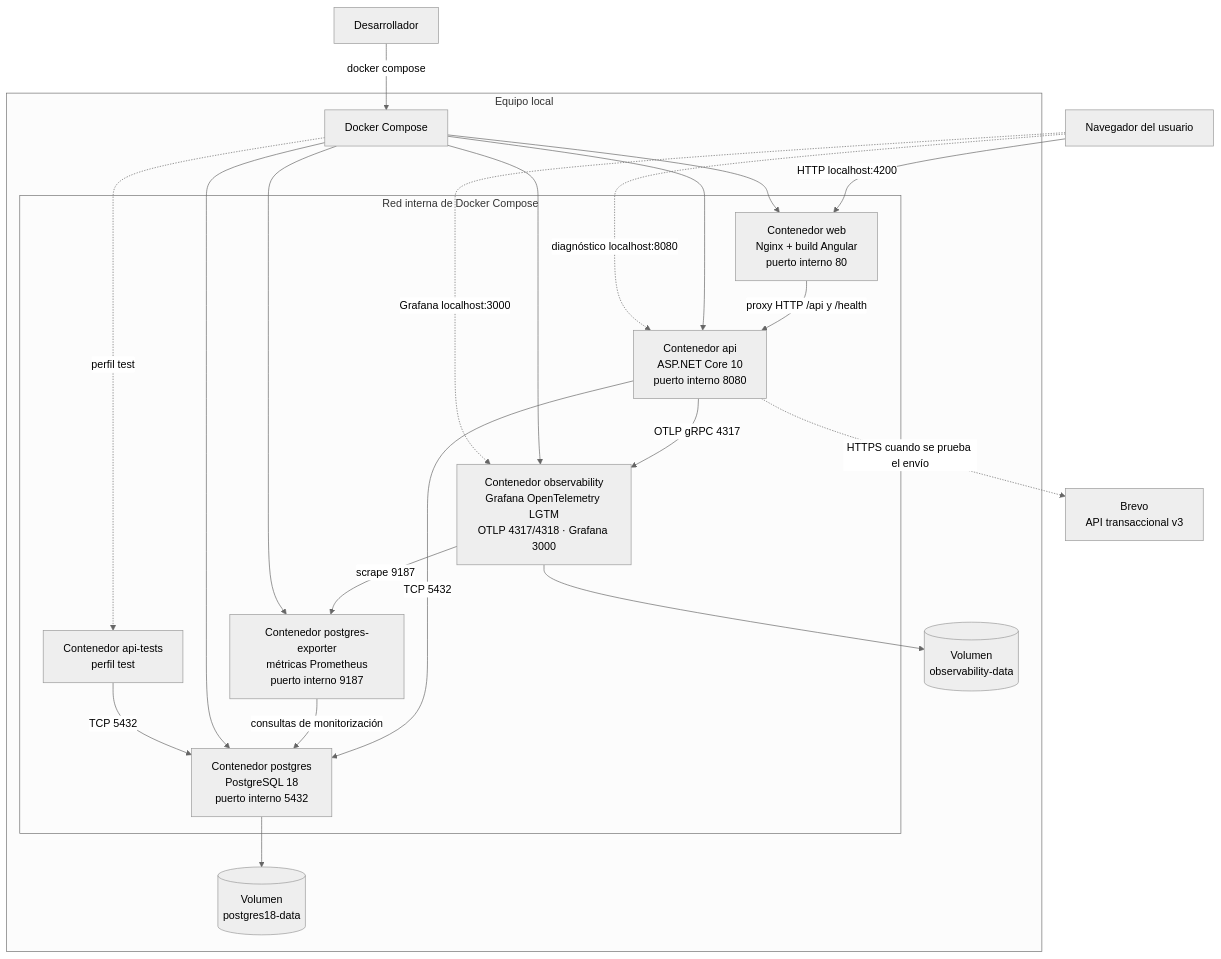
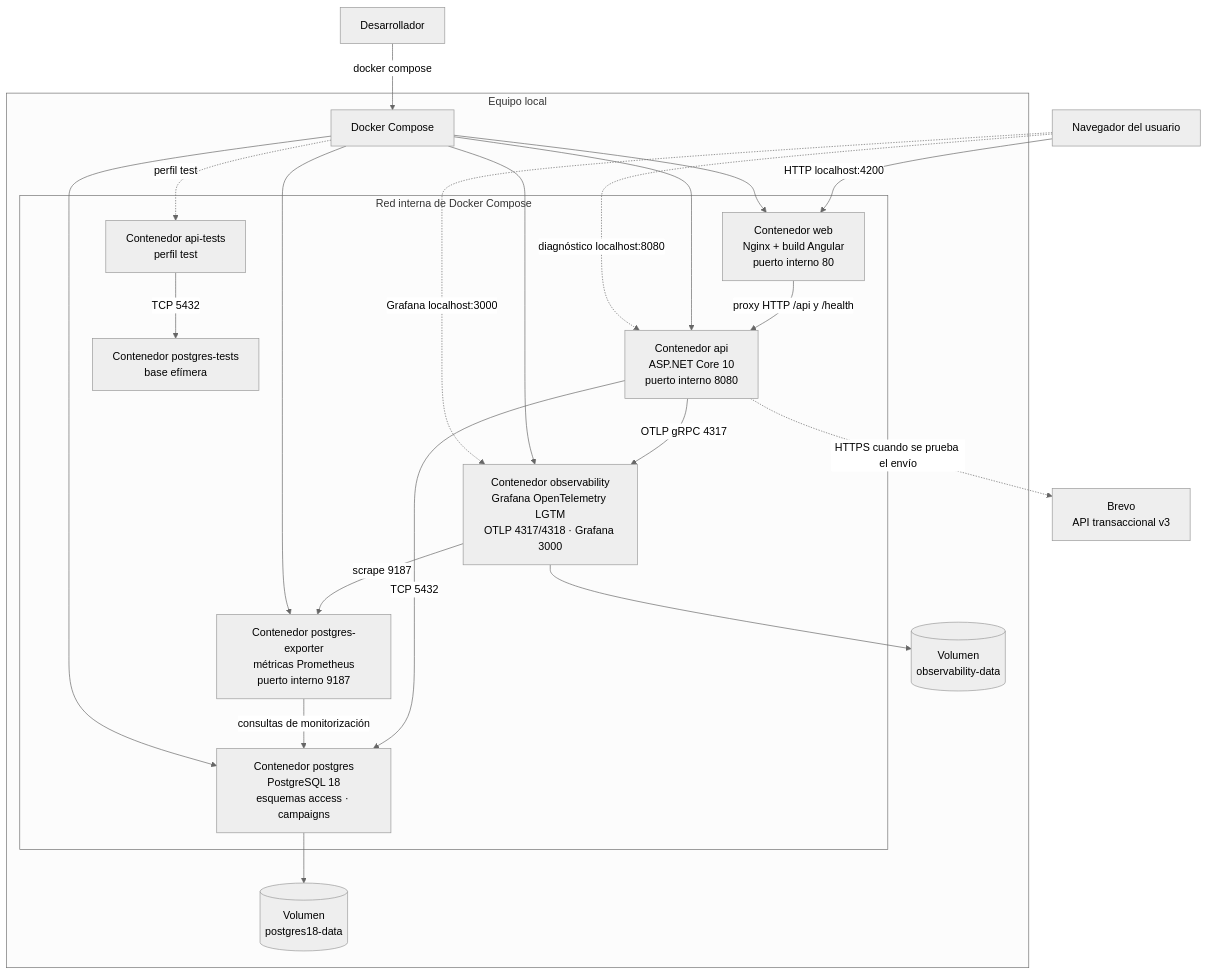
One commit to PeterBFoo/dnd-campaign-manager changed the first of 2 diagrams in docs/architecture/diagrama-de-despliegue.md. Above: the diagram before and after it, drawn with Mermaid (neutral theme). The commit also changed other lines of this file and 87 other files, not shown here.

````diff
--- a/docs/architecture/diagrama-de-despliegue.md
+++ b/docs/architecture/diagrama-de-despliegue.md
@@ -10,44 +10,45 @@
 ```mermaid
 flowchart TB
     browser["Navegador del usuario"]
     developer["Desarrollador"]
     brevo["Brevo<br/>API transaccional v3"]
 
     subgraph host["Equipo local"]
         compose["Docker Compose"]
 
         subgraph network["Red interna de Docker Compose"]
             web["Contenedor web<br/>Nginx + build Angular<br/>puerto interno 80"]
             api["Contenedor api<br/>ASP.NET Core 10<br/>puerto interno 8080"]
-            postgres["Contenedor postgres<br/>PostgreSQL 18<br/>puerto interno 5432"]
+            postgres["Contenedor postgres<br/>PostgreSQL 18<br/>esquemas access · campaigns"]
             postgres_exporter["Contenedor postgres-exporter<br/>métricas Prometheus<br/>puerto interno 9187"]
             lgtm["Contenedor observability<br/>Grafana OpenTelemetry LGTM<br/>OTLP 4317/4318 · Grafana 3000"]
             tests["Contenedor api-tests<br/>perfil test"]
+            postgres_tests["Contenedor postgres-tests<br/>base efímera"]
         end
 
         postgres_volume[("Volumen<br/>postgres18-data")]
         telemetry_volume[("Volumen<br/>observability-data")]
     end
 
     browser -->|"HTTP localhost:4200"| web
     web -->|"proxy HTTP /api y /health"| api
     api -->|"TCP 5432"| postgres
     api -->|"OTLP gRPC 4317"| lgtm
     api -.->|"HTTPS cuando se prueba el envío"| brevo
     postgres_exporter -->|"consultas de monitorización"| postgres
     lgtm -->|"scrape 9187"| postgres_exporter
 
     developer -->|"docker compose"| compose
     compose --> web
     compose --> api
     compose --> postgres
     compose --> postgres_exporter
     compose --> lgtm
     compose -.->|"perfil test"| tests
-    tests -->|"TCP 5432"| postgres
+    tests -->|"TCP 5432"| postgres_tests
 
     browser -.->|"diagnóstico localhost:8080"| api
     browser -.->|"Grafana localhost:3000"| lgtm
     postgres --> postgres_volume
     lgtm --> telemetry_volume
 ```
````
